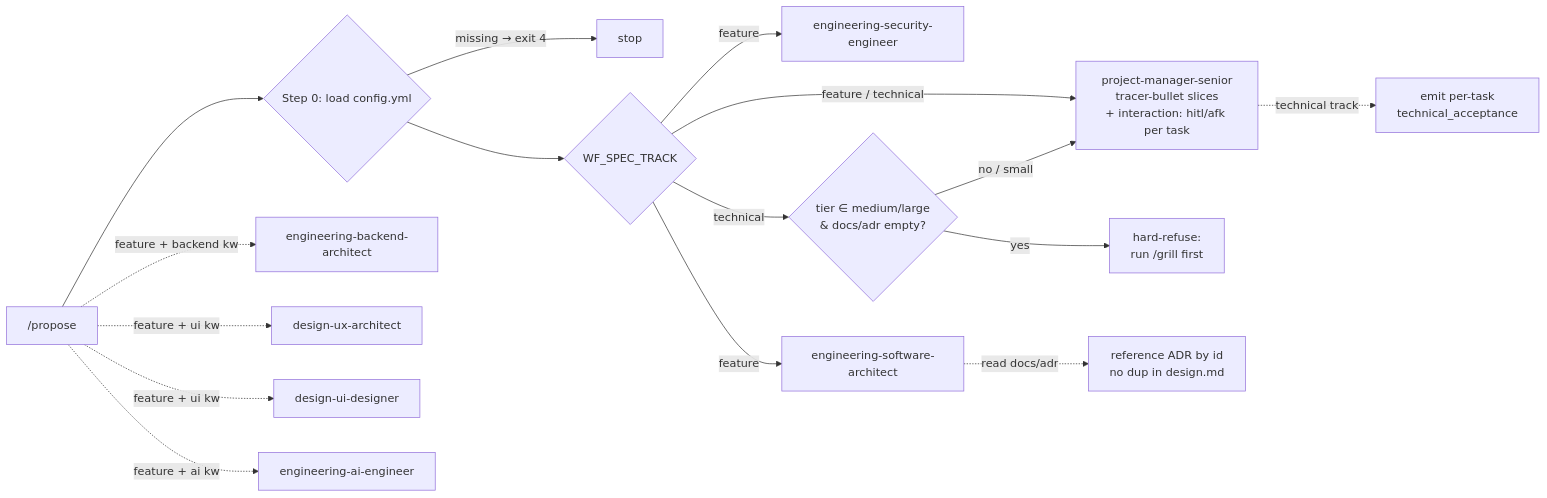
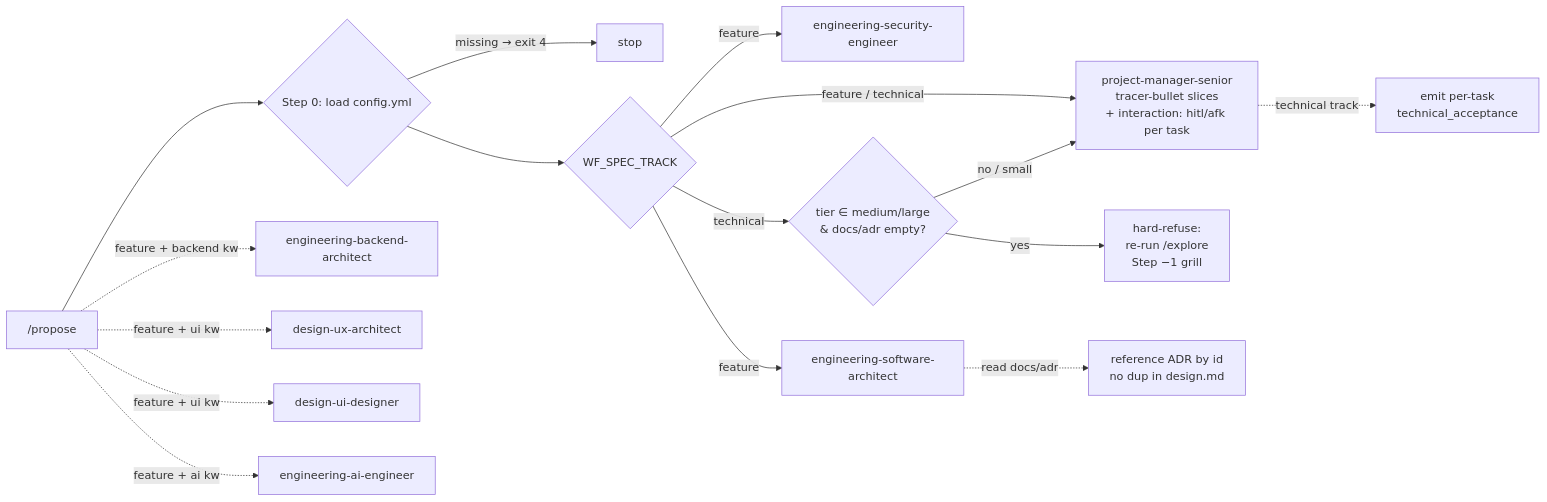
One commit to AlarQ/SDD-hub changed the seventh of 15 diagrams in docs/workflow-diagram.md. Above: the diagram before and after it, drawn with Mermaid. The commit also changed other lines of this file and 5 other files, not shown here.

Commit message:
feat: merge grill and explore

````diff
--- a/docs/workflow-diagram.md
+++ b/docs/workflow-diagram.md
@@ -338,18 +330,18 @@
 ```mermaid
 graph LR
     PR["/propose"] --> CFG0{Step 0: load config.yml}
     CFG0 -->|missing → exit 4| STOP_PR[stop]
     CFG0 --> TRK{WF_SPEC_TRACK}
     TRK -->|feature| SE[engineering-security-engineer]
     TRK -->|feature| SA[engineering-software-architect]
     TRK -->|feature / technical| SPM[project-manager-senior<br/>tracer-bullet slices<br/>+ interaction: hitl/afk per task]
     TRK -->|technical| TGATE{tier ∈ medium/large<br/>& docs/adr empty?}
-    TGATE -->|yes| STOP_GR[hard-refuse:<br/>run /grill first]
+    TGATE -->|yes| STOP_GR[hard-refuse:<br/>re-run /explore<br/>Step −1 grill]
     TGATE -->|no / small| SPM
     SPM -.->|technical track| TA[emit per-task<br/>technical_acceptance]
     SA -.->|read docs/adr| ADRREF[reference ADR by id<br/>no dup in design.md]
     PR -.->|feature + backend kw| BA[engineering-backend-architect]
     PR -.->|feature + ui kw| UXA[design-ux-architect]
     PR -.->|feature + ui kw| UID[design-ui-designer]
     PR -.->|feature + ai kw| AIE[engineering-ai-engineer]
 ```
````
